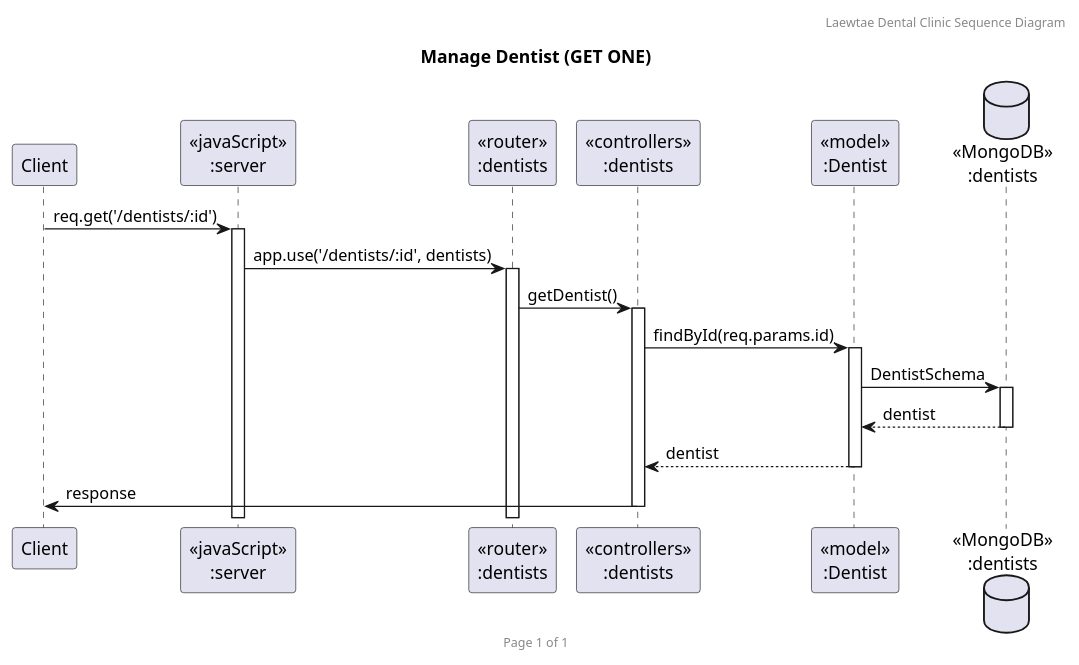
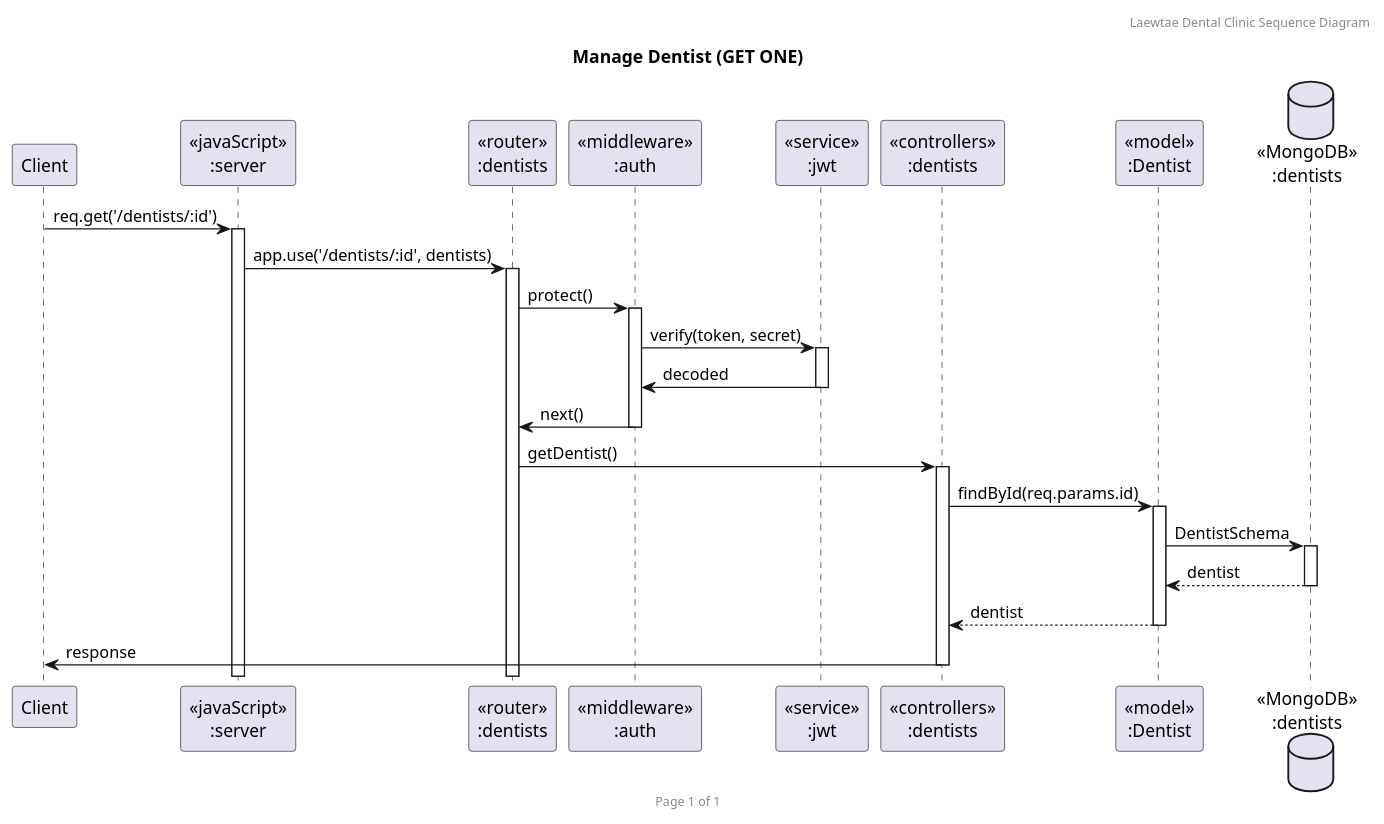
One commit to nattapong232/DentistBooking changed the diagram in UML/SequenceDiagram/DentistSequence/DentistSequenceGetOne.puml. Above: the diagram before and after it, drawn with PlantUML. The commit also changed 21 other files, not shown here.

Commit message:
Update sequence diagram

```diff
--- a/UML/SequenceDiagram/DentistSequence/DentistSequenceGetOne.puml
+++ b/UML/SequenceDiagram/DentistSequence/DentistSequenceGetOne.puml
@@ -1,23 +1,30 @@
 @startuml Manage Dentist (GET ONE)
 
 header Laewtae Dental Clinic Sequence Diagram
 footer Page %page% of %lastpage%
 title "Manage Dentist (GET ONE)"
 
 participant "Client" as client
 participant "<<javaScript>>\n:server" as server
 participant "<<router>>\n:dentists" as routerDentists
+participant "<<middleware>>\n:auth" as auth
+participant "<<service>>\n:jwt" as jwt
 participant "<<controllers>>\n:dentists" as controllersDentists
 participant "<<model>>\n:Dentist" as modelDentist
 database "<<MongoDB>>\n:dentists" as DentistsDatabase
 
 client->server ++:req.get('/dentists/:id')
 server->routerDentists ++:app.use('/dentists/:id', dentists)
+routerDentists -> auth ++:protect()
+auth -> jwt ++:verify(token, secret)
+auth <- jwt --:decoded
+
+routerDentists <- auth --:next()
 routerDentists -> controllersDentists ++:getDentist()
 controllersDentists->modelDentist ++:findById(req.params.id)
 modelDentist ->DentistsDatabase ++: DentistSchema
 DentistsDatabase --> modelDentist --: dentist
-controllersDentists <-- modelDentist --:dentist
+controllersDentists <-- modelDentist --: dentist
 controllersDentists->client --:response
 
 @enduml
```
